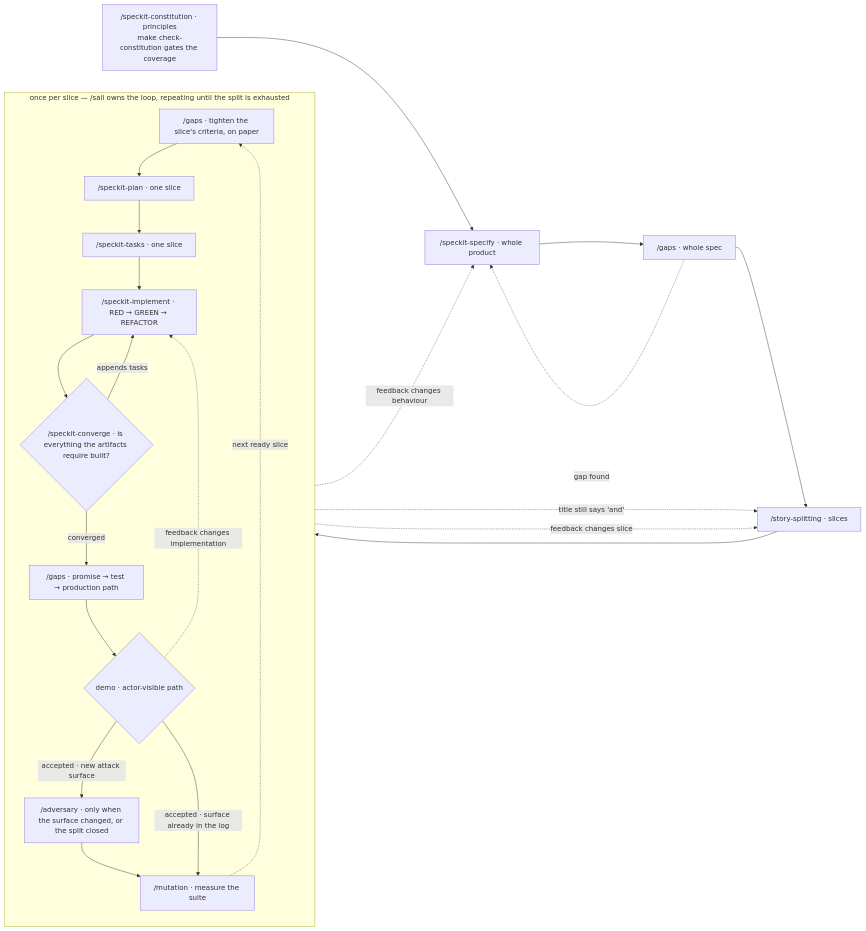
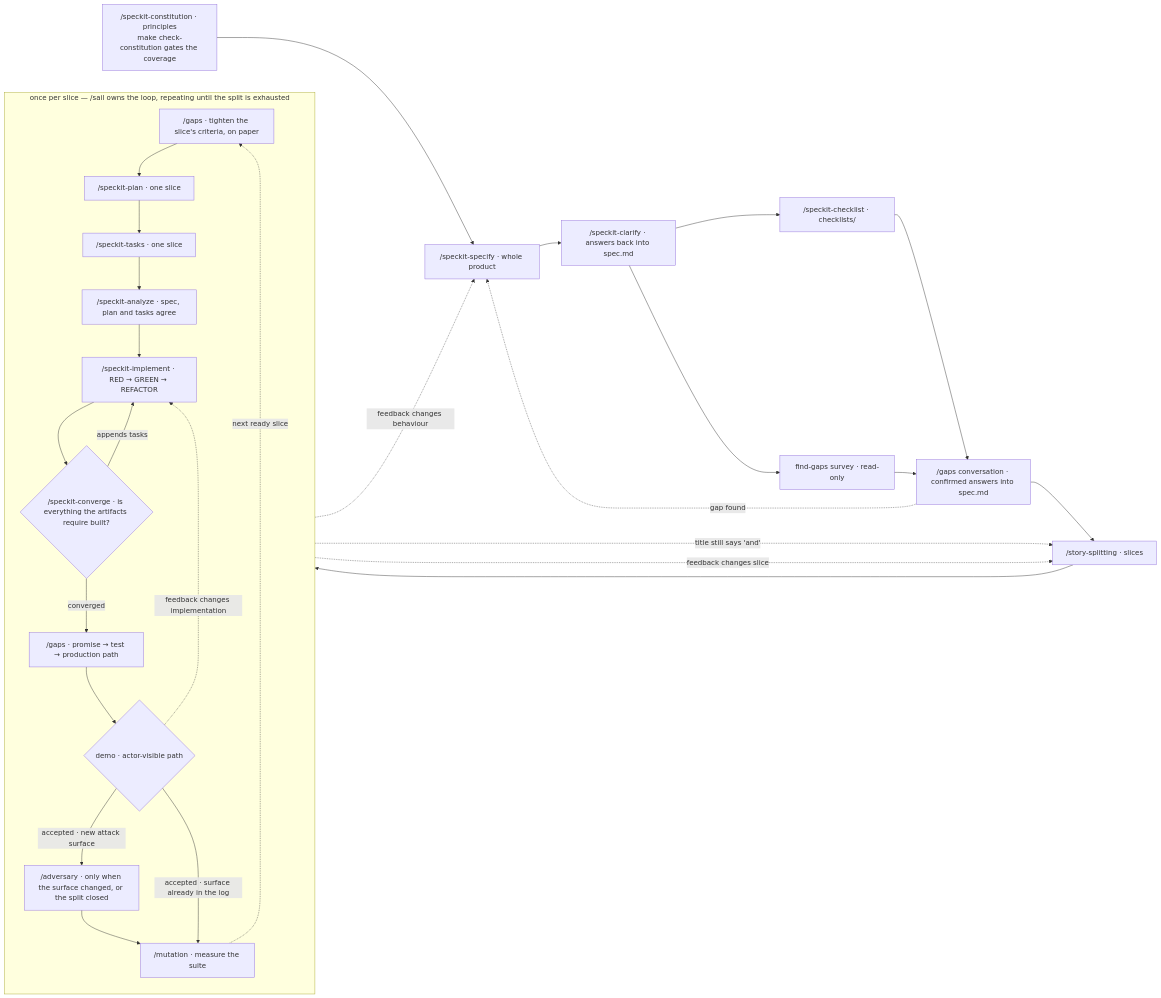
One commit to ROBCOATVG/slipwai changed the second of 2 diagrams in assets/pages/docs/workflow.md. Above: the diagram before and after it, drawn with Mermaid. The commit also changed other lines of this file and 10 other files, not shown here.

First line of the commit message:
Clarify the specification beside the gap survey, and analyse a slice before it is built.

````diff
--- a/assets/pages/docs/workflow.md
+++ b/assets/pages/docs/workflow.md
@@ -46,34 +53,41 @@
 ```mermaid
 flowchart LR
   C["/speckit-constitution · principles<br/>make check-constitution gates the coverage"]
   S["/speckit-specify · whole product"]
-  G["/gaps · whole spec"]
+  Q["/speckit-clarify · answers back into spec.md"]
+  CK["/speckit-checklist · checklists/"]
+  GS["find-gaps survey · read-only"]
+  G["/gaps conversation · confirmed answers into spec.md"]
   SS["/story-splitting · slices"]
 
   subgraph loop["once per slice — /sail owns the loop, repeating until the split is exhausted"]
     direction TB
     SG["/gaps · tighten the slice's criteria, on paper"]
     P["/speckit-plan · one slice"]
     T["/speckit-tasks · one slice"]
+    AN["/speckit-analyze · spec, plan and tasks agree"]
     I["/speckit-implement · RED → GREEN → REFACTOR"]
     CV{"/speckit-converge · is everything the artifacts require built?"}
     DG["/gaps · promise → test → production path"]
     D{"demo · actor-visible path"}
     A["/adversary · only when the surface changed, or the split closed"]
     M["/mutation · measure the suite"]
-    SG --> P --> T --> I --> CV
+    SG --> P --> T --> AN --> I --> CV
     CV -->|"appends tasks"| I
     CV -->|"converged"| DG --> D
     D -->|"accepted · new attack surface"| A --> M
     D -->|"accepted · surface already in the log"| M
     D -.->|"feedback changes implementation"| I
   end
 
-  C --> S --> G --> SS --> SG
+  C --> S --> Q
+  Q --> CK --> G
+  Q --> GS --> G
+  G --> SS --> SG
 
   G -.->|"gap found"| S
   P -.->|"title still says 'and'"| SS
   M -.->|"next ready slice"| SG
   D -.->|"feedback changes slice"| SS
   D -.->|"feedback changes behaviour"| S
 ```
````
